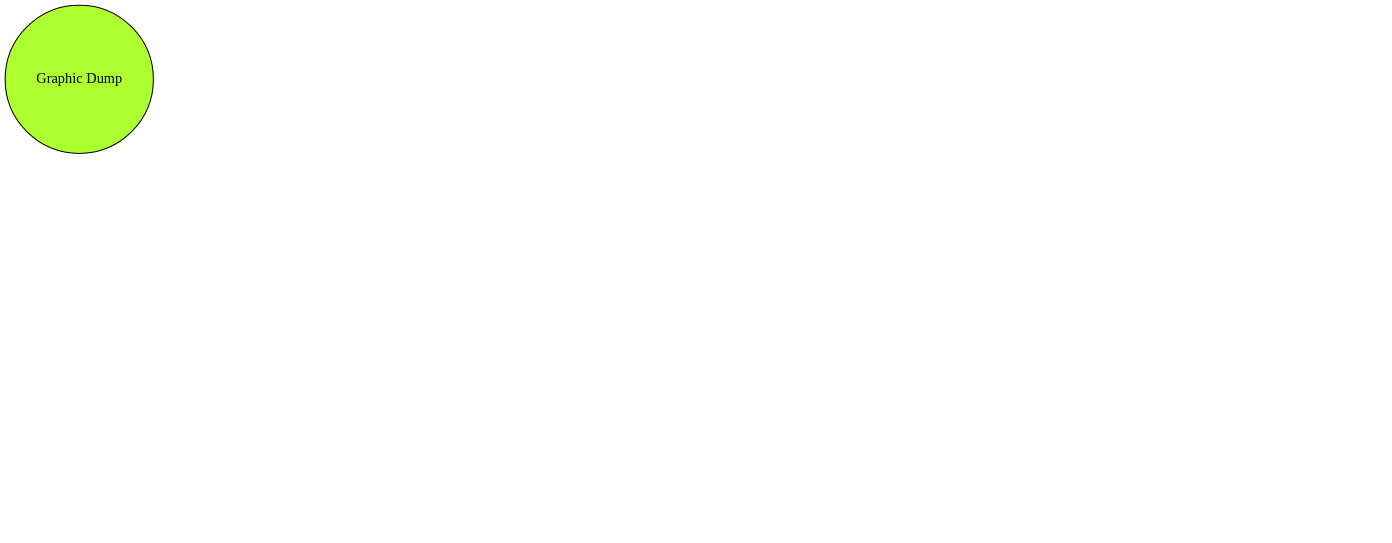
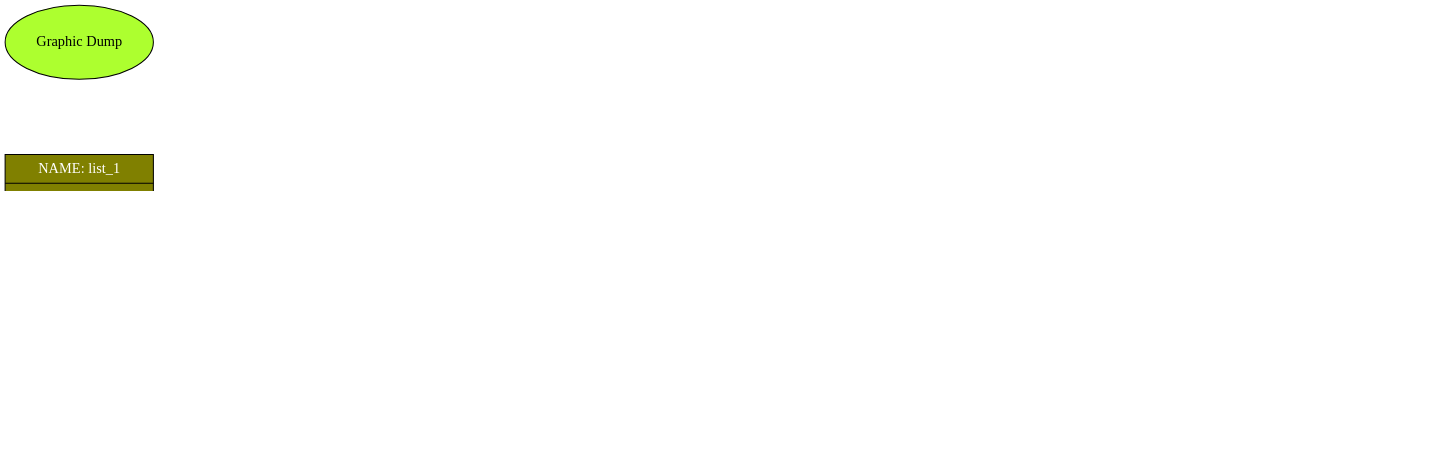
The diagram in sources/list_1_dump.dot (BileyHarryCopter/List), drawn with Graphviz before and after one commit. The commit also changed 2 other files, not shown here.

Commit message:
dump without fucking ortho splines

```diff
--- a/sources/list_1_dump.dot
+++ b/sources/list_1_dump.dot
@@ -1,41 +1,44 @@
 digraph LIST
 {
-	graph [dpi = 200, splines = ortho, nodesep = 1];
+	graph [dpi = 200, nodesep = 1];
 	rankdir = LR;
 
 	subgraph LISTS
 	{
 		node [shape = record, style = "filled", fillcolor = "teal", fontcolor = "white"];
 		edge [maxlen = 2, penwidth = 1, arrowhead = "empty", weight = 0, dir = "both"];
-			l_elem_0 [label = "<name> FICT | <next> NEXT: 2 | <prev> PREV: 5 | <data> DATA: null", fillcolor = "darkslategray"];
-			l_elem_1 [label = "<name> NODE: 1 | <next> NEXT: 3 | <prev> PREV: -1 | <data> DATA: 0.00"];
-			l_elem_2 [label = "<name> NODE: 2 | <next> NEXT: 4 | <prev> PREV: 0 | <data> DATA: 30.00"];
-			l_elem_3 [label = "<name> NODE: 3 | <next> NEXT: 6 | <prev> PREV: -1 | <data> DATA: 0.00"];
-			l_elem_4 [label = "<name> NODE: 4 | <next> NEXT: 5 | <prev> PREV: 2 | <data> DATA: 60.00"];
-			l_elem_5 [label = "<name> NODE: 5 | <next> NEXT: 0 | <prev> PREV: 4 | <data> DATA: 860.00"];
-			l_elem_6 [label = "<name> NODE: 6 | <next> NEXT: 7 | <prev> PREV: -1 | <data> DATA: 0.00"];
+			l_elem_0 [label = "<name> FICT | <next> NEXT: 1 | <prev> PREV: 5 | <data> DATA: null", fillcolor = "darkslategray"];
+			l_elem_1 [label = "<name> NODE: 1 | <next> NEXT: 2 | <prev> PREV: 0 | <data> DATA: 20.00"];
+			l_elem_2 [label = "<name> NODE: 2 | <next> NEXT: 3 | <prev> PREV: 1 | <data> DATA: 30.00"];
+			l_elem_3 [label = "<name> NODE: 3 | <next> NEXT: 4 | <prev> PREV: 2 | <data> DATA: 40.00"];
+			l_elem_4 [label = "<name> NODE: 4 | <next> NEXT: 6 | <prev> PREV: 3 | <data> DATA: 60.00"];
+			l_elem_5 [label = "<name> NODE: 5 | <next> NEXT: 0 | <prev> PREV: 6 | <data> DATA: 860.00"];
+			l_elem_6 [label = "<name> NODE: 6 | <next> NEXT: 5 | <prev> PREV: 4 | <data> DATA: 860.00"];
 			l_elem_7 [label = "<name> NODE: 7 | <next> NEXT: 8 | <prev> PREV: -1 | <data> DATA: 0.00"];
 			l_elem_8 [label = "<name> NODE: 8 | <next> NEXT: 9 | <prev> PREV: -1 | <data> DATA: 0.00"];
 			l_elem_9 [label = "<name> NODE: 9 | <next> NEXT: 0 | <prev> PREV: -1 | <data> DATA: 0.00"];
 		l_elem_0->l_elem_1->l_elem_2->l_elem_3->l_elem_4->l_elem_5->l_elem_6->l_elem_7->l_elem_8->l_elem_9 [weight = 5, style = "invisible", arrowhead = "none", dir = "forward"];
 
-		l_elem_0:se -> l_elem_2:sw;
-		l_elem_0:se -> l_elem_5:sw;
-		l_elem_2:se -> l_elem_4:sw;
-		l_elem_4:se -> l_elem_5:sw;
+		l_elem_0:se -> l_elem_1:sw;
+		l_elem_0:ne -> l_elem_5:nw;
+		l_elem_1:se -> l_elem_2:sw;
+		l_elem_2:se -> l_elem_3:sw;
+		l_elem_3:se -> l_elem_4:sw;
+		l_elem_4:se -> l_elem_6:sw;
+		l_elem_6:nw -> l_elem_5:ne;
 		}
 
 	subgraph MAIN
 	{
 		node	[shape = record, width = 2, height = 2, style = "filled", fillcolor = "olive", fontcolor = "white"];
 		edge	[maxlen = 1 , penwidth = 1, arrowhead = "empty"];
-		main	[label = "{NAME:  list_1} | {CAPACITY:  10} | {INSERT:  3} | {FREE:  1} | {FICT:  0}"];
+		main	[label = "{NAME:  list_1} | {CAPACITY:  10} | {INSERT:  6} | {FREE:  7} | {FICT:  0}"];
 	}
 
 	subgraph MAIN
 	{
-		node 	[shape = ellipse, style = "filled", fillcolor = "greenyellow", fontcolor = "black"];
+		node 	[shape = ellipse, height = 1, style = "filled", fillcolor = "greenyellow", fontcolor = "black"];
 		title 	[label = "Graphic Dump"];
 	}
 
 }
```
